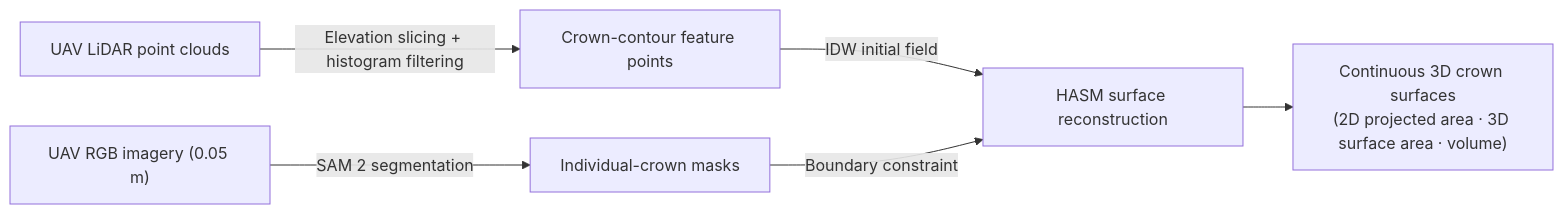
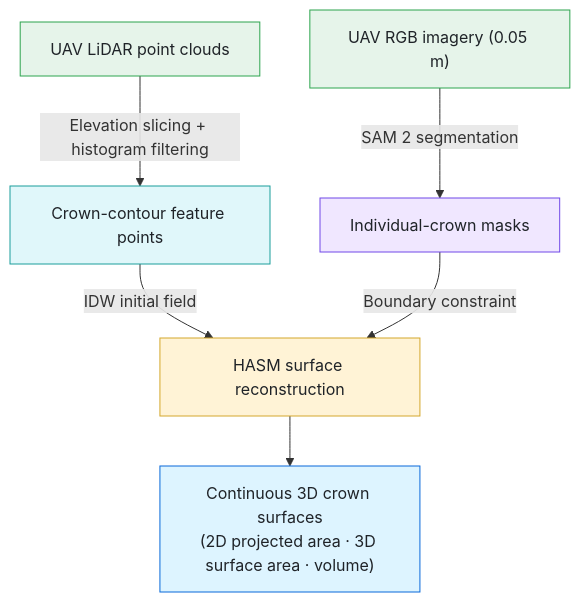
One commit to gisdance/UAV_HASM_Tree changed the diagram in README.md. Above: the diagram before and after it, drawn with Mermaid.

````diff
--- a/README.md
+++ b/README.md
@@ -25,8 +25,20 @@
 ```mermaid
-flowchart LR
+flowchart TB
     A["UAV RGB imagery (0.05 m)"] -->|"SAM 2 segmentation"| B["Individual-crown masks"]
     C["UAV LiDAR point clouds"] -->|"Elevation slicing + histogram filtering"| D["Crown-contour feature points"]
     D -->|"IDW initial field"| E["HASM surface reconstruction"]
     B -->|"Boundary constraint"| E
     E --> F["Continuous 3D crown surfaces<br>(2D projected area · 3D surface area · volume)"]
+
+    classDef inputData fill:#e6f4ea,stroke:#2da44e,color:#1f2328
+    classDef sam2 fill:#f0e7ff,stroke:#7048e8,color:#1f2328
+    classDef lidar fill:#e0f7fa,stroke:#1b9e9b,color:#1f2328
+    classDef hasm fill:#fff3d6,stroke:#d4a72c,color:#1f2328
+    classDef output fill:#ddf4ff,stroke:#0969da,color:#1f2328
+    class A inputData
+    class B sam2
+    class C inputData
+    class D lidar
+    class E hasm
+    class F output
 ```
````
